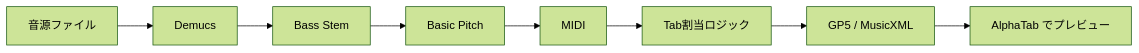
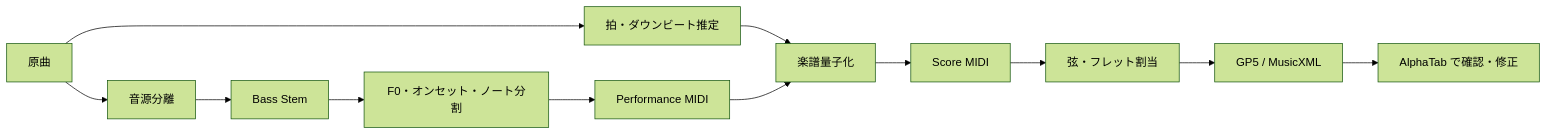
One commit to tehutahu/Stem2Tab changed the diagram in README.md. Above: the diagram before and after it, drawn with Mermaid (forest theme). The commit also changed other lines of this file and 11 other files, not shown here.

````diff
--- a/README.md
+++ b/README.md
@@ -7,10 +7,14 @@
 ```mermaid
 flowchart LR
-    A[音源ファイル] --> B[Demucs]
-    B --> C[Bass Stem]
-    C --> D[Basic Pitch]
-    D --> E[MIDI]
-    E --> F[Tab割当ロジック]
-    F --> G[GP5 / MusicXML]
-    G --> H[AlphaTab でプレビュー]
+    A[原曲] --> B[音源分離]
+    A --> C[拍・ダウンビート推定]
+    B --> D[Bass Stem]
+    D --> E[F0・オンセット・ノート分割]
+    E --> F[Performance MIDI]
+    C --> G[楽譜量子化]
+    F --> G
+    G --> H[Score MIDI]
+    H --> I[弦・フレット割当]
+    I --> J[GP5 / MusicXML]
+    J --> K[AlphaTab で確認・修正]
 ```
````
